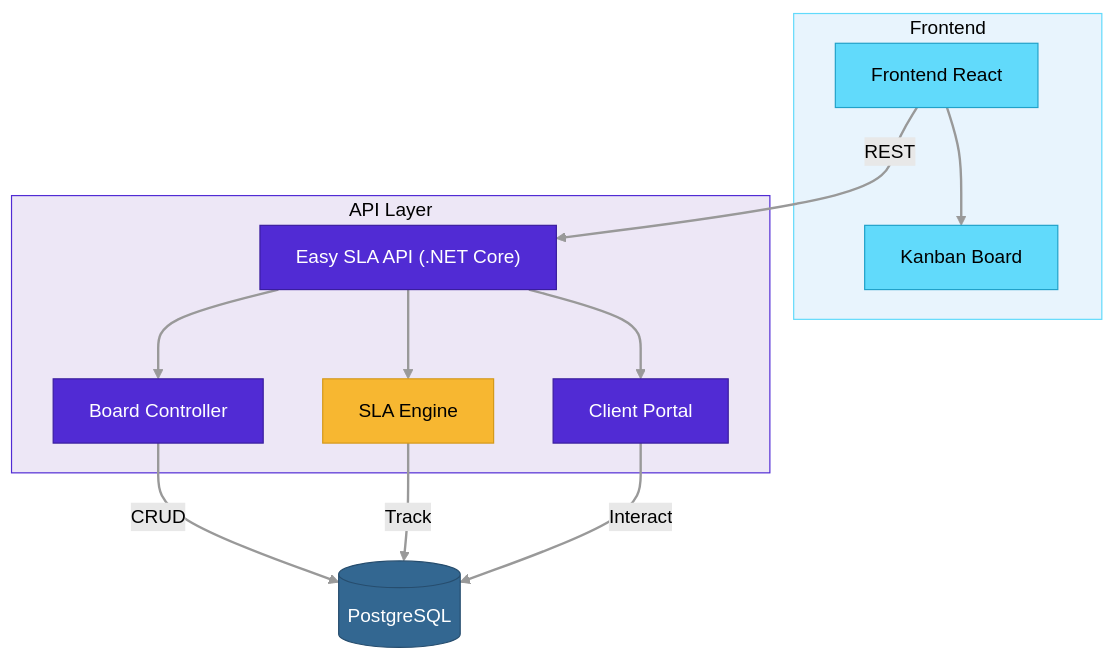
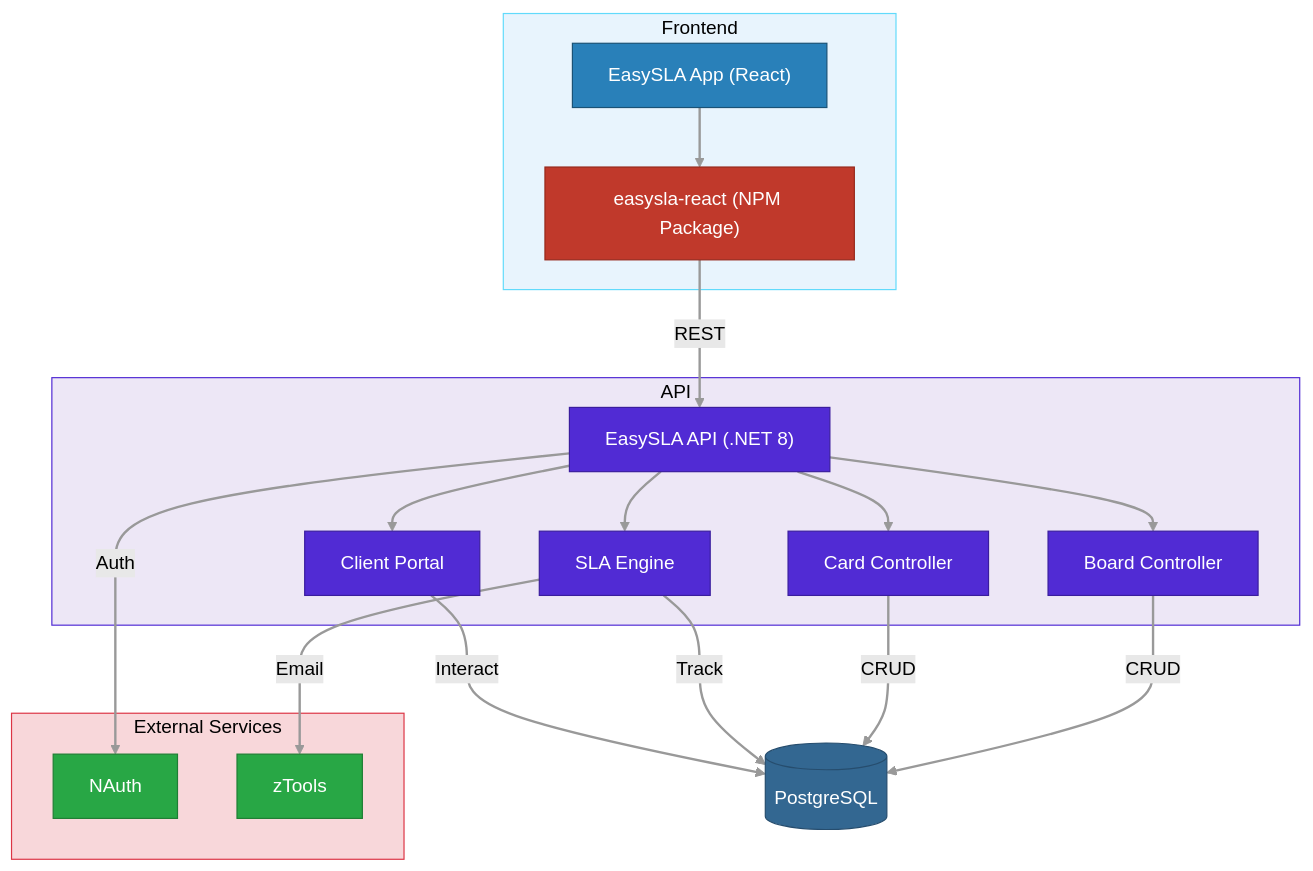
Before and after one commit to emaginebr/emagine-deploy: the diagram in emagine-site/src/data/diagrams/easysla.mmd, drawn with Mermaid (forest theme). The commit also changed 111 other files, not shown here.

Commit message:
fix: refactory diagrams

```diff
--- a/emagine-site/src/data/diagrams/easysla.mmd
+++ b/emagine-site/src/data/diagrams/easysla.mmd
@@ -1,42 +1,50 @@
 graph TD
     subgraph Frontend
-        FrontendApp["Frontend React"]
-        Kanban["Kanban Board"]
+        EasySLAApp["EasySLA App (React)"]
+        EasySLAReact["easysla-react (NPM Package)"]
     end
-    subgraph API["API Layer"]
-        APIServer["Easy SLA API (.NET Core)"]
+    subgraph API["API"]
+        APIServer["EasySLA API (.NET 8)"]
         BoardCtrl["Board Controller"]
+        CardCtrl["Card Controller"]
         SLAEngine["SLA Engine"]
         ClientPortal["Client Portal"]
     end
-    DB[(" PostgreSQL")]
+    subgraph External["External Services"]
+        NAuth["NAuth"]
+        zTools["zTools"]
+    end
+    DB[("PostgreSQL")]
 
-    FrontendApp --> Kanban
-    FrontendApp -->|"REST"| APIServer
+    EasySLAApp --> EasySLAReact
+    EasySLAReact -->|"REST"| APIServer
     APIServer --> BoardCtrl
+    APIServer --> CardCtrl
     APIServer --> SLAEngine
     APIServer --> ClientPortal
     BoardCtrl -->|"CRUD"| DB
+    CardCtrl -->|"CRUD"| DB
     SLAEngine -->|"Track"| DB
     ClientPortal -->|"Interact"| DB
+    APIServer -->|"Auth"| NAuth
+    SLAEngine -->|"Email"| zTools
 
-    click FrontendApp mermaidCallback "Frontend"
-    click Kanban mermaidCallback "Kanban"
-    click APIServer mermaidCallback "API"
-    click BoardCtrl mermaidCallback "BoardCtrl"
-    click SLAEngine mermaidCallback "SLAEngine"
-    click ClientPortal mermaidCallback "ClientPortal"
-    click DB mermaidCallback "DB"
+    click NAuth mermaidCallback "NAuth"
+    click zTools mermaidCallback "zTools"
 
-    style FrontendApp fill:#61DAFB,stroke:#21a1c9,color:#000
-    style Kanban fill:#61DAFB,stroke:#21a1c9,color:#000
+    style EasySLAApp fill:#2980b9,stroke:#1a5276,color:#fff
+    style EasySLAReact fill:#c0392b,stroke:#96281B,color:#fff
     style APIServer fill:#512BD4,stroke:#3a1d9e,color:#fff
     style BoardCtrl fill:#512BD4,stroke:#3a1d9e,color:#fff
-    style SLAEngine fill:#f7b731,stroke:#d4991a,color:#000
+    style CardCtrl fill:#512BD4,stroke:#3a1d9e,color:#fff
+    style SLAEngine fill:#512BD4,stroke:#3a1d9e,color:#fff
     style ClientPortal fill:#512BD4,stroke:#3a1d9e,color:#fff
+    style NAuth fill:#28a745,stroke:#1e7e34,color:#fff
+    style zTools fill:#28a745,stroke:#1e7e34,color:#fff
     style DB fill:#336791,stroke:#264d6e,color:#fff
 
     style Frontend fill:#e8f4fd,stroke:#61DAFB,color:#000
     style API fill:#ede7f6,stroke:#512BD4,color:#000
+    style External fill:#f8d7da,stroke:#dc3545,color:#000
 
     linkStyle default stroke:#999,stroke-width:2px
```
